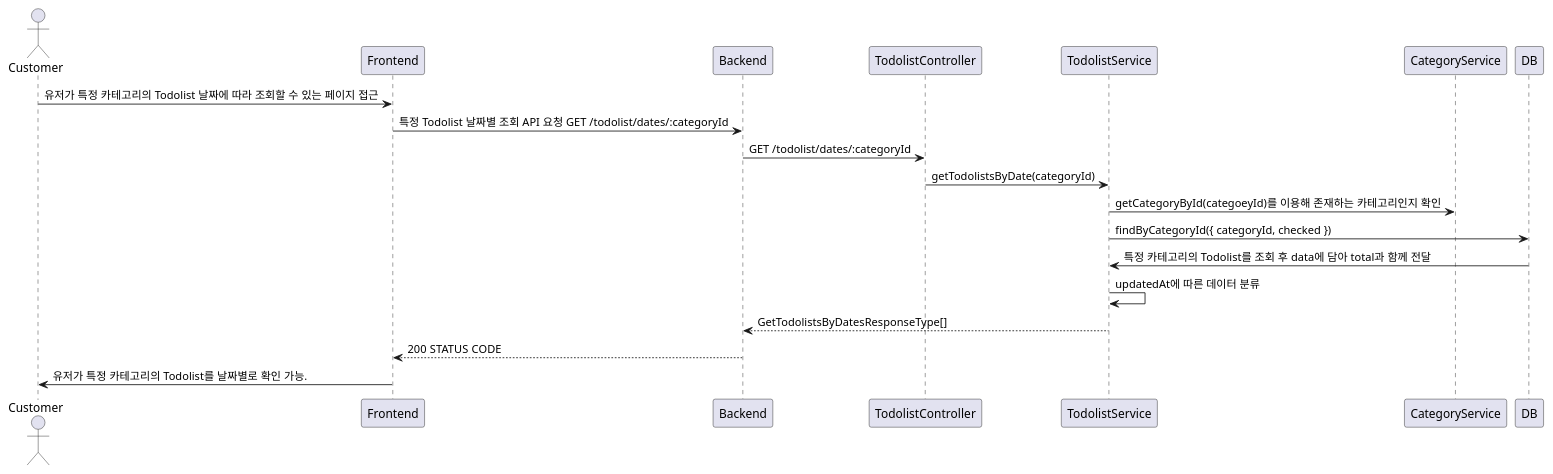
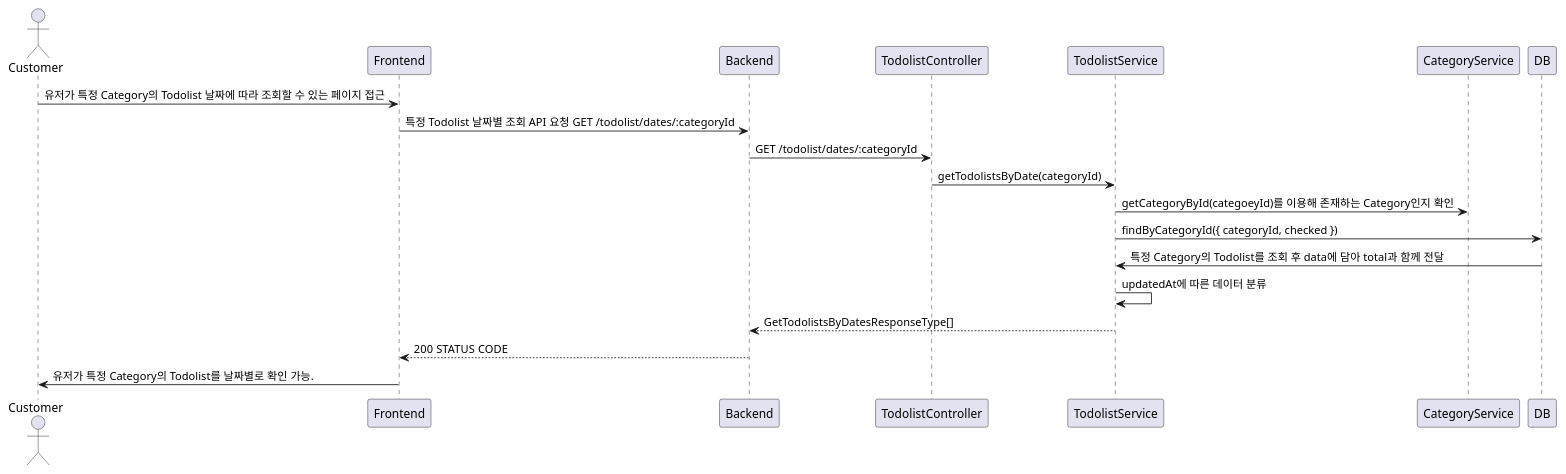
The third of 3 diagrams in server/docs/todolist/todolist.get.md (VVSOGI/todolist-remake), drawn with PlantUML before and after one commit. The commit also changed other lines of this file, not shown here.

Commit message:
Refactor category names in Todolist API documentation

````diff
--- a/server/docs/todolist/todolist.get.md
+++ b/server/docs/todolist/todolist.get.md
@@ -113,16 +113,16 @@
 ```plantuml
 @startuml
 actor Customer
-Customer -> Frontend: 유저가 특정 카테고리의 Todolist 날짜에 따라 조회할 수 있는 페이지 접근
+Customer -> Frontend: 유저가 특정 Category의 Todolist 날짜에 따라 조회할 수 있는 페이지 접근
     Frontend -> Backend: 특정 Todolist 날짜별 조회 API 요청 GET /todolist/dates/:categoryId
         Backend -> TodolistController: GET /todolist/dates/:categoryId
             TodolistController -> TodolistService: getTodolistsByDate(categoryId)
-                TodolistService -> CategoryService: getCategoryById(categoeyId)를 이용해 존재하는 카테고리인지 확인
+                TodolistService -> CategoryService: getCategoryById(categoeyId)를 이용해 존재하는 Category인지 확인
                 TodolistService -> DB: findByCategoryId({ categoryId, checked })
-                DB -> TodolistService: 특정 카테고리의 Todolist를 조회 후 data에 담아 total과 함께 전달
+                DB -> TodolistService: 특정 Category의 Todolist를 조회 후 data에 담아 total과 함께 전달
                 TodolistService -> TodolistService: updatedAt에 따른 데이터 분류
             Backend <-- TodolistService: GetTodolistsByDatesResponseType[]
     Frontend <-- Backend: 200 STATUS CODE
-Customer <- Frontend: 유저가 특정 카테고리의 Todolist를 날짜별로 확인 가능.
+Customer <- Frontend: 유저가 특정 Category의 Todolist를 날짜별로 확인 가능.
 @enduml
 ```
````
